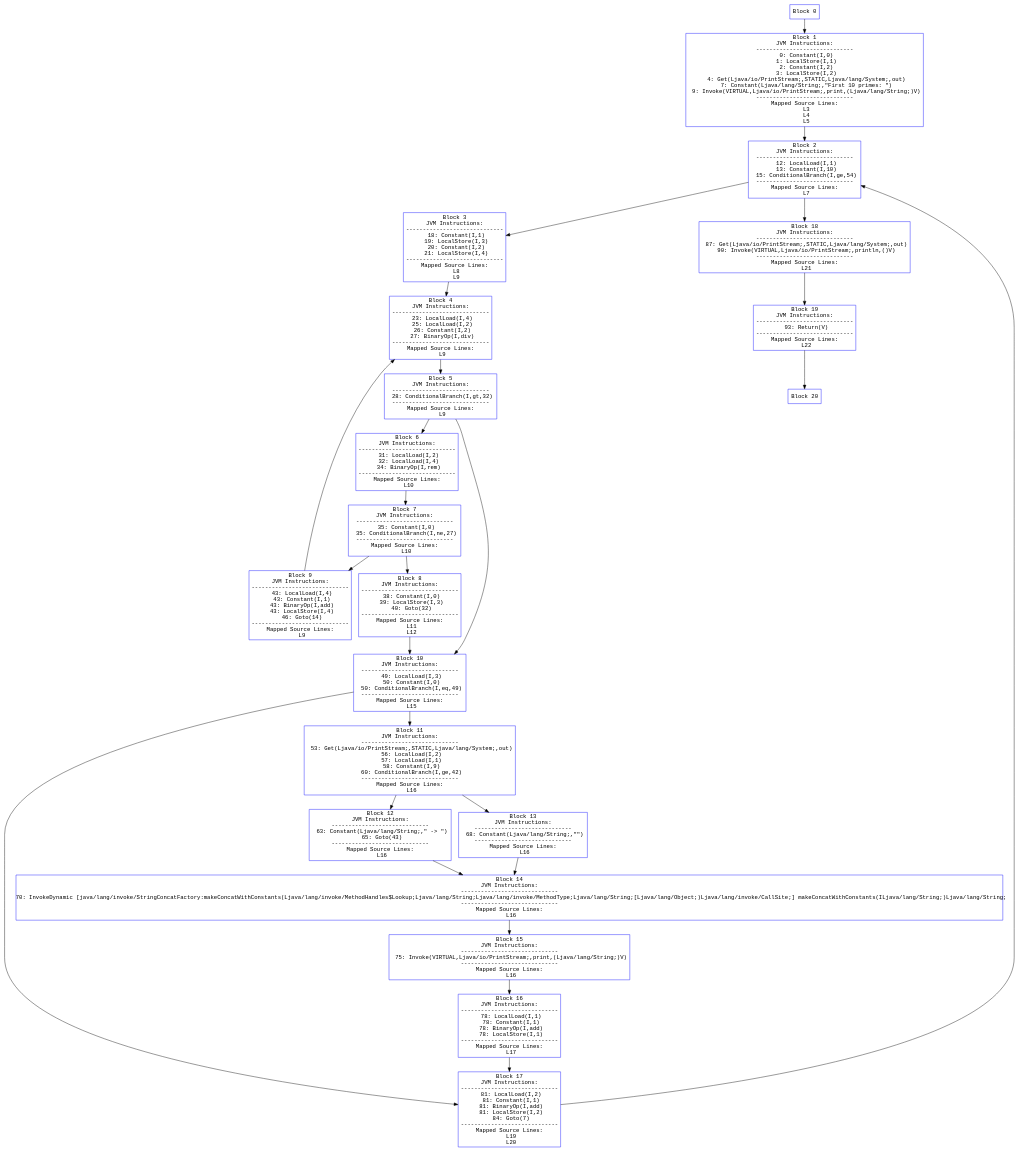
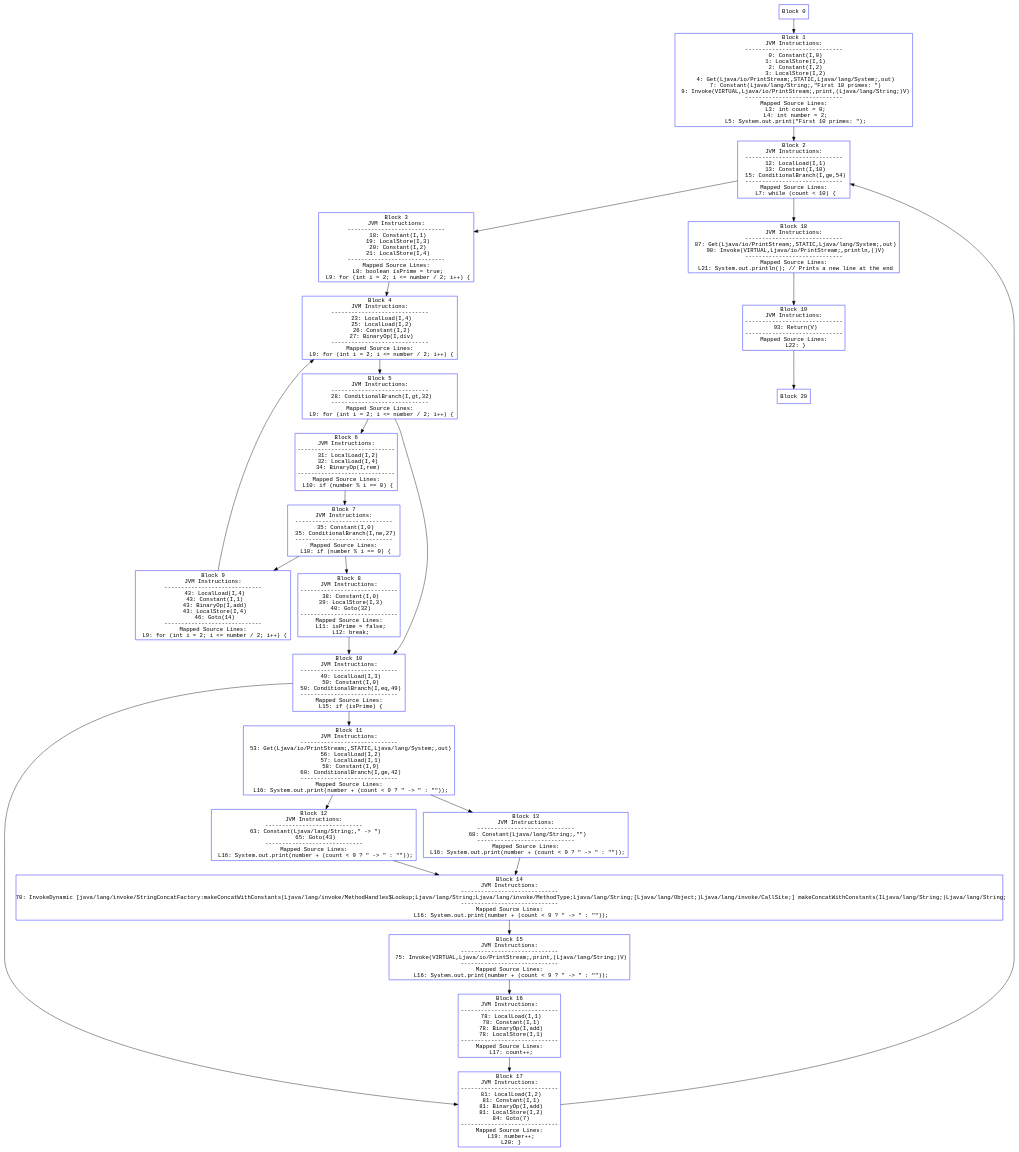
Before and after one commit to punsnx/coop-internship-2026: the diagram in phase_04/export/cfg_bytecode_main.dot, drawn with Graphviz. The commit also changed 7 other files, not shown here.

```diff
--- a/phase_04/export/cfg_bytecode_main.dot
+++ b/phase_04/export/cfg_bytecode_main.dot
@@ -1,49 +1,49 @@
 digraph Reconstructed_Bytecode_CFG {
   node [shape=box, color=blue, fontname="Courier"];
   0 [label="Block 0\n"];
-  1 [label="Block 1\nJVM Instructions:\n-----------------------------\n  0: Constant(I,0)\n  1: LocalStore(I,1)\n  2: Constant(I,2)\n  3: LocalStore(I,2)\n  4: Get(Ljava/io/PrintStream;,STATIC,Ljava/lang/System;,out)\n  7: Constant(Ljava/lang/String;,\"First 10 primes: \")\n  9: Invoke(VIRTUAL,Ljava/io/PrintStream;,print,(Ljava/lang/String;)V)\n-----------------------------\nMapped Source Lines:\n  L3\n  L4\n  L5\n"];
-  2 [label="Block 2\nJVM Instructions:\n-----------------------------\n  12: LocalLoad(I,1)\n  13: Constant(I,10)\n  15: ConditionalBranch(I,ge,54)\n-----------------------------\nMapped Source Lines:\n  L7\n"];
-  3 [label="Block 3\nJVM Instructions:\n-----------------------------\n  18: Constant(I,1)\n  19: LocalStore(I,3)\n  20: Constant(I,2)\n  21: LocalStore(I,4)\n-----------------------------\nMapped Source Lines:\n  L8\n  L9\n"];
-  4 [label="Block 4\nJVM Instructions:\n-----------------------------\n  23: LocalLoad(I,4)\n  25: LocalLoad(I,2)\n  26: Constant(I,2)\n  27: BinaryOp(I,div)\n-----------------------------\nMapped Source Lines:\n  L9\n"];
-  5 [label="Block 5\nJVM Instructions:\n-----------------------------\n  28: ConditionalBranch(I,gt,32)\n-----------------------------\nMapped Source Lines:\n  L9\n"];
-  6 [label="Block 6\nJVM Instructions:\n-----------------------------\n  31: LocalLoad(I,2)\n  32: LocalLoad(I,4)\n  34: BinaryOp(I,rem)\n-----------------------------\nMapped Source Lines:\n  L10\n"];
-  7 [label="Block 7\nJVM Instructions:\n-----------------------------\n  35: Constant(I,0)\n  35: ConditionalBranch(I,ne,27)\n-----------------------------\nMapped Source Lines:\n  L10\n"];
-  8 [label="Block 8\nJVM Instructions:\n-----------------------------\n  38: Constant(I,0)\n  39: LocalStore(I,3)\n  40: Goto(32)\n-----------------------------\nMapped Source Lines:\n  L11\n  L12\n"];
-  9 [label="Block 9\nJVM Instructions:\n-----------------------------\n  43: LocalLoad(I,4)\n  43: Constant(I,1)\n  43: BinaryOp(I,add)\n  43: LocalStore(I,4)\n  46: Goto(14)\n-----------------------------\nMapped Source Lines:\n  L9\n"];
-  10 [label="Block 10\nJVM Instructions:\n-----------------------------\n  49: LocalLoad(I,3)\n  50: Constant(I,0)\n  50: ConditionalBranch(I,eq,49)\n-----------------------------\nMapped Source Lines:\n  L15\n"];
-  11 [label="Block 11\nJVM Instructions:\n-----------------------------\n  53: Get(Ljava/io/PrintStream;,STATIC,Ljava/lang/System;,out)\n  56: LocalLoad(I,2)\n  57: LocalLoad(I,1)\n  58: Constant(I,9)\n  60: ConditionalBranch(I,ge,42)\n-----------------------------\nMapped Source Lines:\n  L16\n"];
-  12 [label="Block 12\nJVM Instructions:\n-----------------------------\n  63: Constant(Ljava/lang/String;,\" -> \")\n  65: Goto(43)\n-----------------------------\nMapped Source Lines:\n  L16\n"];
-  13 [label="Block 13\nJVM Instructions:\n-----------------------------\n  68: Constant(Ljava/lang/String;,\"\")\n-----------------------------\nMapped Source Lines:\n  L16\n"];
-  14 [label="Block 14\nJVM Instructions:\n-----------------------------\n  70: InvokeDynamic [java/lang/invoke/StringConcatFactory:makeConcatWithConstants(Ljava/lang/invoke/MethodHandles$Lookup;Ljava/lang/String;Ljava/lang/invoke/MethodType;Ljava/lang/String;[Ljava/lang/Object;)Ljava/lang/invoke/CallSite;] makeConcatWithConstants(ILjava/lang/String;)Ljava/lang/String;\n-----------------------------\nMapped Source Lines:\n  L16\n"];
-  15 [label="Block 15\nJVM Instructions:\n-----------------------------\n  75: Invoke(VIRTUAL,Ljava/io/PrintStream;,print,(Ljava/lang/String;)V)\n-----------------------------\nMapped Source Lines:\n  L16\n"];
-  16 [label="Block 16\nJVM Instructions:\n-----------------------------\n  78: LocalLoad(I,1)\n  78: Constant(I,1)\n  78: BinaryOp(I,add)\n  78: LocalStore(I,1)\n-----------------------------\nMapped Source Lines:\n  L17\n"];
-  17 [label="Block 17\nJVM Instructions:\n-----------------------------\n  81: LocalLoad(I,2)\n  81: Constant(I,1)\n  81: BinaryOp(I,add)\n  81: LocalStore(I,2)\n  84: Goto(7)\n-----------------------------\nMapped Source Lines:\n  L19\n  L20\n"];
-  18 [label="Block 18\nJVM Instructions:\n-----------------------------\n  87: Get(Ljava/io/PrintStream;,STATIC,Ljava/lang/System;,out)\n  90: Invoke(VIRTUAL,Ljava/io/PrintStream;,println,()V)\n-----------------------------\nMapped Source Lines:\n  L21\n"];
-  19 [label="Block 19\nJVM Instructions:\n-----------------------------\n  93: Return(V)\n-----------------------------\nMapped Source Lines:\n  L22\n"];
+  1 [label="Block 1\nJVM Instructions:\n-----------------------------\n  0: Constant(I,0)\n  1: LocalStore(I,1)\n  2: Constant(I,2)\n  3: LocalStore(I,2)\n  4: Get(Ljava/io/PrintStream;,STATIC,Ljava/lang/System;,out)\n  7: Constant(Ljava/lang/String;,\"First 10 primes: \")\n  9: Invoke(VIRTUAL,Ljava/io/PrintStream;,print,(Ljava/lang/String;)V)\n-----------------------------\nMapped Source Lines:\n  L3: int count = 0;\n  L4: int number = 2;\n  L5: System.out.print(\"First 10 primes: \");\n"];
+  2 [label="Block 2\nJVM Instructions:\n-----------------------------\n  12: LocalLoad(I,1)\n  13: Constant(I,10)\n  15: ConditionalBranch(I,ge,54)\n-----------------------------\nMapped Source Lines:\n  L7: while (count < 10) {\n"];
+  3 [label="Block 3\nJVM Instructions:\n-----------------------------\n  18: Constant(I,1)\n  19: LocalStore(I,3)\n  20: Constant(I,2)\n  21: LocalStore(I,4)\n-----------------------------\nMapped Source Lines:\n  L8: boolean isPrime = true;\n  L9: for (int i = 2; i <= number / 2; i++) {\n"];
+  4 [label="Block 4\nJVM Instructions:\n-----------------------------\n  23: LocalLoad(I,4)\n  25: LocalLoad(I,2)\n  26: Constant(I,2)\n  27: BinaryOp(I,div)\n-----------------------------\nMapped Source Lines:\n  L9: for (int i = 2; i <= number / 2; i++) {\n"];
+  5 [label="Block 5\nJVM Instructions:\n-----------------------------\n  28: ConditionalBranch(I,gt,32)\n-----------------------------\nMapped Source Lines:\n  L9: for (int i = 2; i <= number / 2; i++) {\n"];
+  6 [label="Block 6\nJVM Instructions:\n-----------------------------\n  31: LocalLoad(I,2)\n  32: LocalLoad(I,4)\n  34: BinaryOp(I,rem)\n-----------------------------\nMapped Source Lines:\n  L10: if (number % i == 0) {\n"];
+  7 [label="Block 7\nJVM Instructions:\n-----------------------------\n  35: Constant(I,0)\n  35: ConditionalBranch(I,ne,27)\n-----------------------------\nMapped Source Lines:\n  L10: if (number % i == 0) {\n"];
+  8 [label="Block 8\nJVM Instructions:\n-----------------------------\n  38: Constant(I,0)\n  39: LocalStore(I,3)\n  40: Goto(32)\n-----------------------------\nMapped Source Lines:\n  L11: isPrime = false;\n  L12: break;\n"];
+  9 [label="Block 9\nJVM Instructions:\n-----------------------------\n  43: LocalLoad(I,4)\n  43: Constant(I,1)\n  43: BinaryOp(I,add)\n  43: LocalStore(I,4)\n  46: Goto(14)\n-----------------------------\nMapped Source Lines:\n  L9: for (int i = 2; i <= number / 2; i++) {\n"];
+  10 [label="Block 10\nJVM Instructions:\n-----------------------------\n  49: LocalLoad(I,3)\n  50: Constant(I,0)\n  50: ConditionalBranch(I,eq,49)\n-----------------------------\nMapped Source Lines:\n  L15: if (isPrime) {\n"];
+  11 [label="Block 11\nJVM Instructions:\n-----------------------------\n  53: Get(Ljava/io/PrintStream;,STATIC,Ljava/lang/System;,out)\n  56: LocalLoad(I,2)\n  57: LocalLoad(I,1)\n  58: Constant(I,9)\n  60: ConditionalBranch(I,ge,42)\n-----------------------------\nMapped Source Lines:\n  L16: System.out.print(number + (count < 9 ? \" -> \" : \"\"));\n"];
+  12 [label="Block 12\nJVM Instructions:\n-----------------------------\n  63: Constant(Ljava/lang/String;,\" -> \")\n  65: Goto(43)\n-----------------------------\nMapped Source Lines:\n  L16: System.out.print(number + (count < 9 ? \" -> \" : \"\"));\n"];
+  13 [label="Block 13\nJVM Instructions:\n-----------------------------\n  68: Constant(Ljava/lang/String;,\"\")\n-----------------------------\nMapped Source Lines:\n  L16: System.out.print(number + (count < 9 ? \" -> \" : \"\"));\n"];
+  14 [label="Block 14\nJVM Instructions:\n-----------------------------\n  70: InvokeDynamic [java/lang/invoke/StringConcatFactory:makeConcatWithConstants(Ljava/lang/invoke/MethodHandles$Lookup;Ljava/lang/String;Ljava/lang/invoke/MethodType;Ljava/lang/String;[Ljava/lang/Object;)Ljava/lang/invoke/CallSite;] makeConcatWithConstants(ILjava/lang/String;)Ljava/lang/String;\n-----------------------------\nMapped Source Lines:\n  L16: System.out.print(number + (count < 9 ? \" -> \" : \"\"));\n"];
+  15 [label="Block 15\nJVM Instructions:\n-----------------------------\n  75: Invoke(VIRTUAL,Ljava/io/PrintStream;,print,(Ljava/lang/String;)V)\n-----------------------------\nMapped Source Lines:\n  L16: System.out.print(number + (count < 9 ? \" -> \" : \"\"));\n"];
+  16 [label="Block 16\nJVM Instructions:\n-----------------------------\n  78: LocalLoad(I,1)\n  78: Constant(I,1)\n  78: BinaryOp(I,add)\n  78: LocalStore(I,1)\n-----------------------------\nMapped Source Lines:\n  L17: count++;\n"];
+  17 [label="Block 17\nJVM Instructions:\n-----------------------------\n  81: LocalLoad(I,2)\n  81: Constant(I,1)\n  81: BinaryOp(I,add)\n  81: LocalStore(I,2)\n  84: Goto(7)\n-----------------------------\nMapped Source Lines:\n  L19: number++;\n  L20: }\n"];
+  18 [label="Block 18\nJVM Instructions:\n-----------------------------\n  87: Get(Ljava/io/PrintStream;,STATIC,Ljava/lang/System;,out)\n  90: Invoke(VIRTUAL,Ljava/io/PrintStream;,println,()V)\n-----------------------------\nMapped Source Lines:\n  L21: System.out.println(); // Prints a new line at the end\n"];
+  19 [label="Block 19\nJVM Instructions:\n-----------------------------\n  93: Return(V)\n-----------------------------\nMapped Source Lines:\n  L22: }\n"];
   20 [label="Block 20\n"];
   0 -> 1;
   1 -> 2;
   2 -> 3;
   2 -> 18;
   3 -> 4;
   4 -> 5;
   5 -> 6;
   5 -> 10;
   6 -> 7;
   7 -> 8;
   7 -> 9;
   8 -> 10;
   9 -> 4;
   10 -> 11;
   10 -> 17;
   11 -> 12;
   11 -> 13;
   12 -> 14;
   13 -> 14;
   14 -> 15;
   15 -> 16;
   16 -> 17;
   17 -> 2;
   18 -> 19;
   19 -> 20;
 }
```
